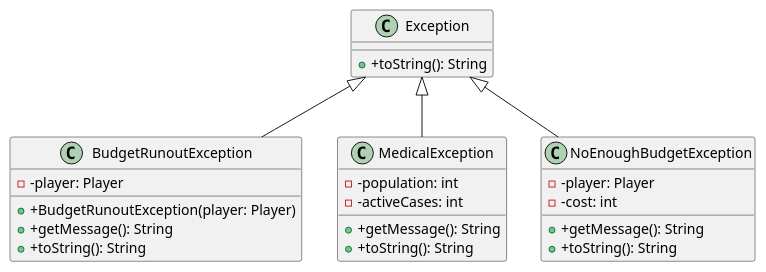
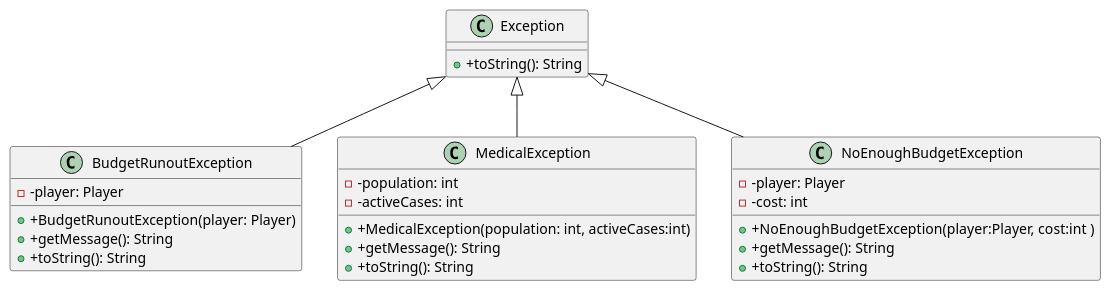
One commit to ahmad-hl/comp3021-corona-spring2021 changed the diagram in exceptions.puml. Above: the diagram before and after it, drawn with PlantUML. The commit also changed 1 other file, not shown here.

Commit message:
Update player's computing new infected cases, and add turn number.

```diff
--- a/exceptions.puml
+++ b/exceptions.puml
@@ -1,30 +1,34 @@
 @startuml
 'https://plantuml.com/class-diagram
 
 class Exception{
 + +toString(): String
 }
 class BudgetRunoutException{
 - -player: Player
 + +BudgetRunoutException(player: Player)
 + +getMessage(): String
 + +toString(): String
 }
+
 class MedicalException{
 - -population: int
 - -activeCases: int
++ +MedicalException(population: int, activeCases:int)
 + +getMessage(): String
 + +toString(): String
 }
+
 class NoEnoughBudgetException{
 - -player: Player
 - -cost: int
++ +NoEnoughBudgetException(player:Player, cost:int )
 + +getMessage(): String
 + +toString(): String
 }
 
 Exception <|-- BudgetRunoutException
 Exception <|-- NoEnoughBudgetException
 Exception <|-- MedicalException
 
 @enduml
```
